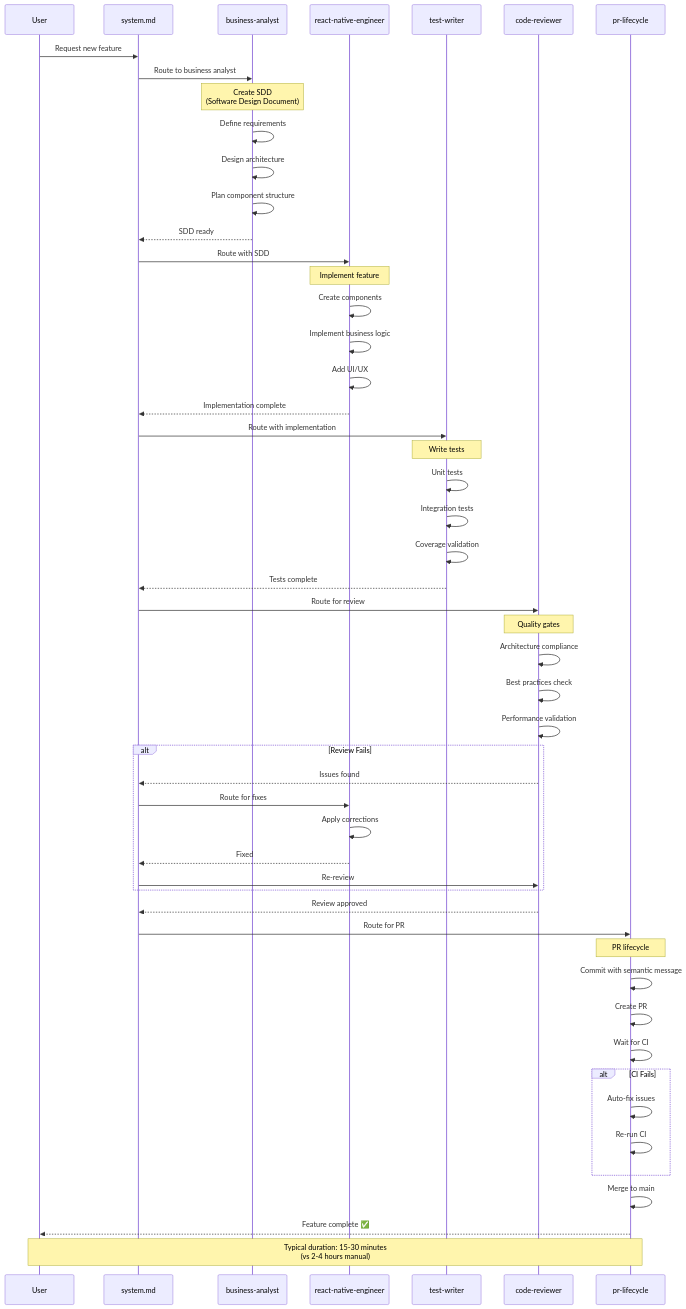
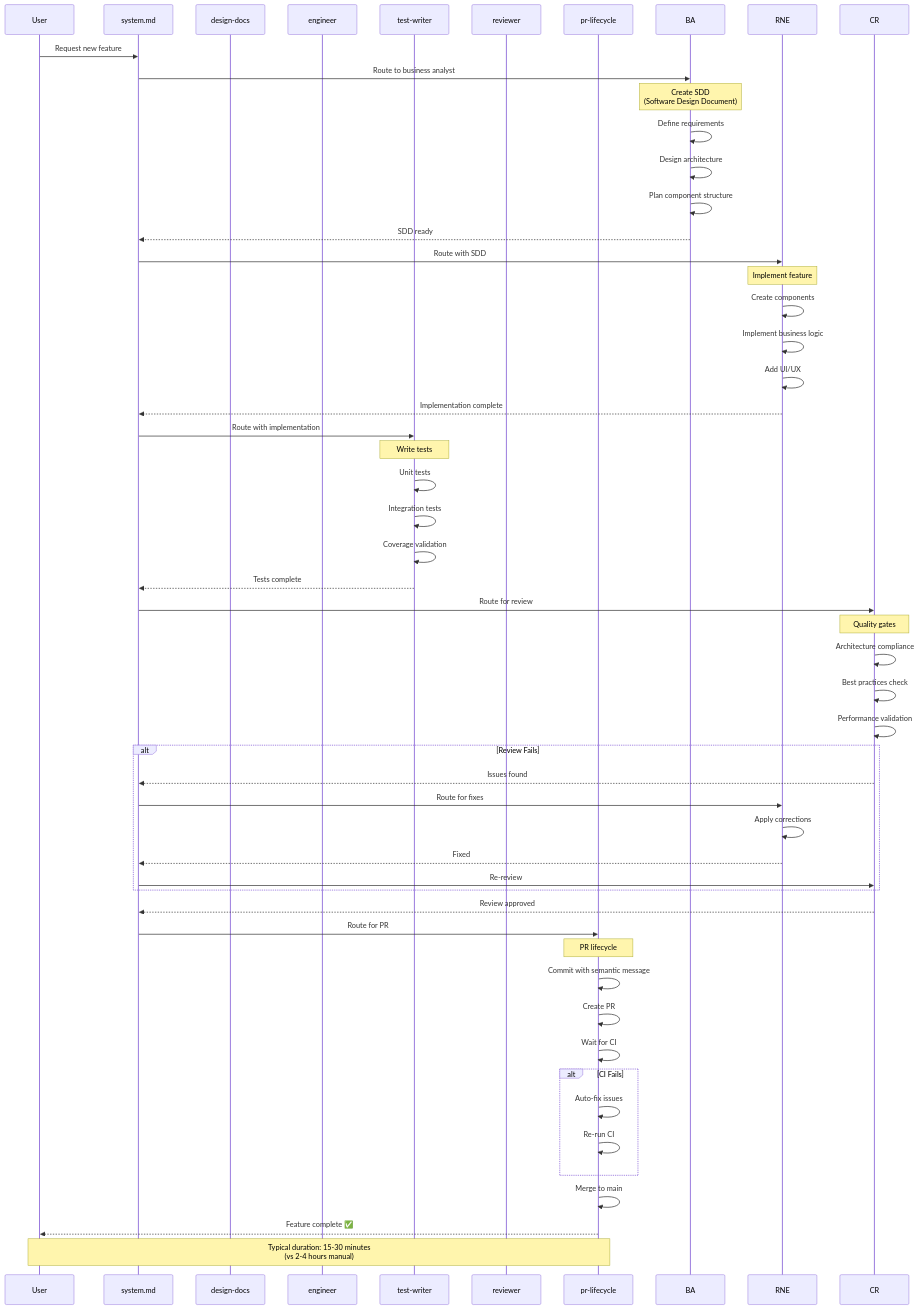
The fifth of 10 diagrams in .ai/docs/architecture.md (eugenioduarte/FUSE), drawn with Mermaid before and after one commit. The commit also changed other lines of this file and 40 other files, not shown here.

````diff
--- a/.ai/docs/architecture.md
+++ b/.ai/docs/architecture.md
@@ -324,69 +307,69 @@
 ```mermaid
 sequenceDiagram
     participant User
     participant System as system.md
-    participant BA as business-analyst
-    participant RNE as react-native-engineer
+    participant DD as design-docs
+    participant ENG as engineer
     participant TW as test-writer
-    participant CR as code-reviewer
+    participant REV as reviewer
     participant PRL as pr-lifecycle
 
     User->>System: Request new feature
     System->>BA: Route to business analyst
 
     Note over BA: Create SDD<br/>(Software Design Document)
     BA->>BA: Define requirements
     BA->>BA: Design architecture
     BA->>BA: Plan component structure
     BA-->>System: SDD ready
 
     System->>RNE: Route with SDD
 
     Note over RNE: Implement feature
     RNE->>RNE: Create components
     RNE->>RNE: Implement business logic
     RNE->>RNE: Add UI/UX
     RNE-->>System: Implementation complete
 
     System->>TW: Route with implementation
 
     Note over TW: Write tests
     TW->>TW: Unit tests
     TW->>TW: Integration tests
     TW->>TW: Coverage validation
     TW-->>System: Tests complete
 
     System->>CR: Route for review
 
     Note over CR: Quality gates
     CR->>CR: Architecture compliance
     CR->>CR: Best practices check
     CR->>CR: Performance validation
 
     alt Review Fails
         CR-->>System: Issues found
         System->>RNE: Route for fixes
         RNE->>RNE: Apply corrections
         RNE-->>System: Fixed
         System->>CR: Re-review
     end
 
     CR-->>System: Review approved
 
     System->>PRL: Route for PR
 
     Note over PRL: PR lifecycle
     PRL->>PRL: Commit with semantic message
     PRL->>PRL: Create PR
     PRL->>PRL: Wait for CI
 
     alt CI Fails
         PRL->>PRL: Auto-fix issues
         PRL->>PRL: Re-run CI
     end
 
     PRL->>PRL: Merge to main
     PRL-->>User: Feature complete ✅
 
     Note over User,PRL: Typical duration: 15-30 minutes<br/>(vs 2-4 hours manual)
 ```
````
